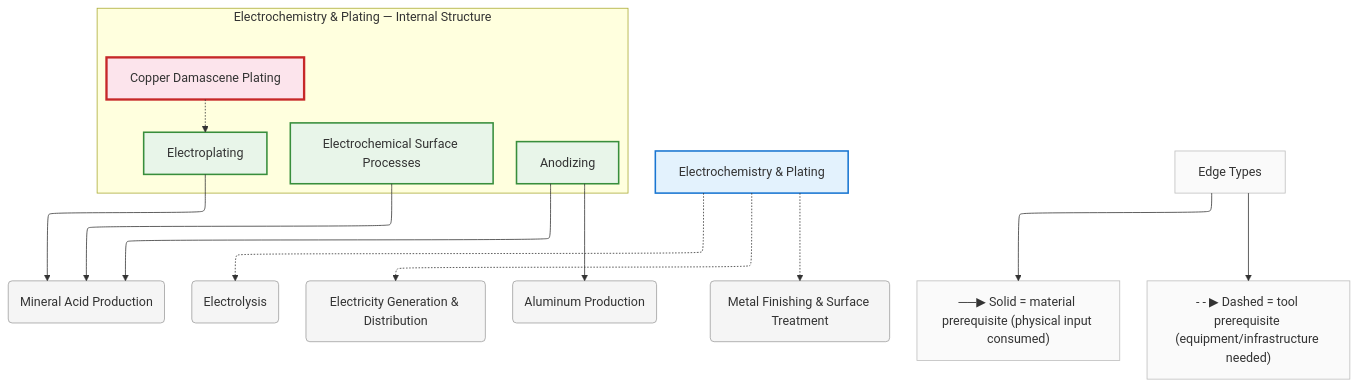
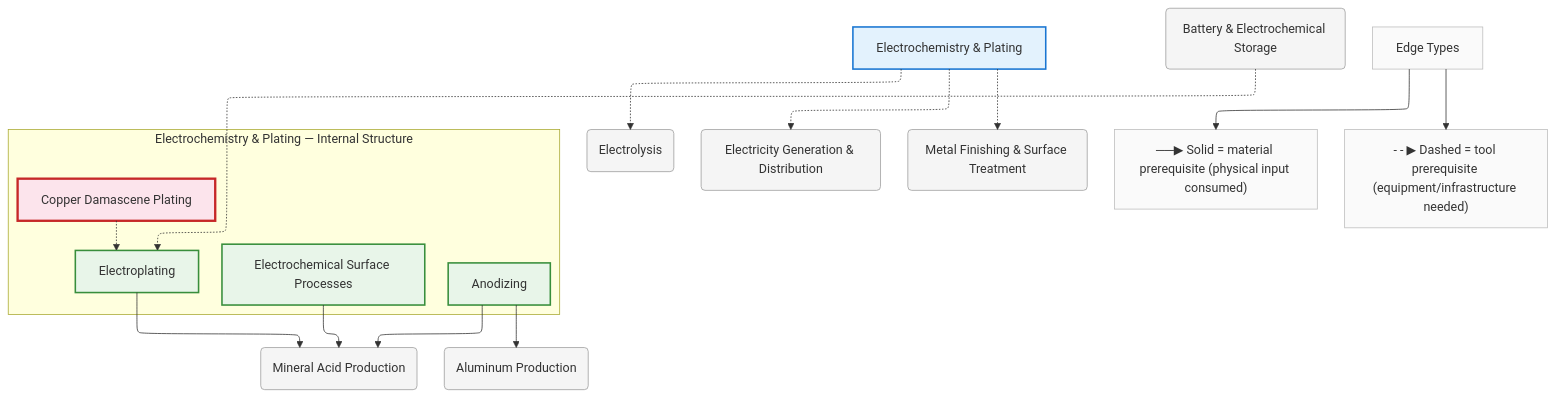
Before and after one commit to egofree/TechTree: the diagram in diagrams/mermaid/electrochemistry.mmd, drawn with Mermaid. The commit also changed 11 other files, not shown here.

First line of the commit message:
chore(diagrams): regenerate mermaid diagrams from updated entity data

```diff
--- a/diagrams/mermaid/electrochemistry.mmd
+++ b/diagrams/mermaid/electrochemistry.mmd
@@ -1,58 +1,61 @@
 %%{init: {"flowchart": {"defaultRenderer": "elk", "htmlLabels": true}}}%%
 graph TD
     %% Domain: Electrochemistry & Plating
 
     %% ==================== INTERNAL NODES ====================
     subgraph electrochemistry_internal ["Electrochemistry & Plating — Internal Structure"]
         direction TB
         electrochemistry_anodizing["Anodizing"]
         electrochemistry_electrochemical-processes["Electrochemical Surface Processes"]
         electrochemistry_electroplating_copper-damascene["Copper Damascene Plating"]
         electrochemistry_electroplating["Electroplating"]
     end
 
     %% ==================== DOMAIN NODE ====================
     electrochemistry["Electrochemistry & Plating"]
 
     %% ==================== EXTERNAL DEPENDENCIES ====================
     chemistry_acids("Mineral Acid Production")
     chemistry_electrolysis("Electrolysis")
+    energy_batteries("Battery & Electrochemical Storage")
     energy_electricity("Electricity Generation & Distribution")
     metals_aluminum("Aluminum Production")
     metals_finishing("Metal Finishing & Surface Treatment")
 
     %% ==================== EDGES ====================
     electrochemistry_electroplating_copper-damascene -.-> electrochemistry_electroplating
     electrochemistry_anodizing --> chemistry_acids
     electrochemistry_anodizing --> metals_aluminum
     electrochemistry_electrochemical-processes --> chemistry_acids
     electrochemistry_electroplating --> chemistry_acids
     electrochemistry -.-> chemistry_electrolysis
     electrochemistry -.-> energy_electricity
     electrochemistry -.-> metals_finishing
+    energy_batteries -.-> electrochemistry_electroplating
 
     %% ==================== EDGE TYPE LEGEND ====================
     EdgeLegend["Edge Types"]
     EdgeLegend --> MatNote["──▶ Solid = material prerequisite (physical input consumed)"]
     EdgeLegend --> ToolNote["- - ▶ Dashed = tool prerequisite (equipment/infrastructure needed)"]
 
     %% ==================== STYLING ====================
     classDef domain fill:#e3f2fd,stroke:#1976d2,stroke-width:2px
     classDef capability fill:#e8f5e9,stroke:#388e3c,stroke-width:2px
     classDef process fill:#fff3e0,stroke:#f57c00,stroke-width:2px
     classDef critical fill:#fff3e0,stroke:#f57c00,stroke-width:3px
     classDef earlyWin fill:#e8f5e9,stroke:#388e3c,stroke-width:3px
     classDef pinnacle fill:#fce4ec,stroke:#c62828,stroke-width:3px
     classDef external fill:#f5f5f5,stroke:#9e9e9e,stroke-width:1px
     classDef legend fill:#fafafa,stroke:#bdbdbd,stroke-width:1px
     class electrochemistry domain
     class electrochemistry_anodizing capability
     class electrochemistry_electrochemical-processes capability
     class electrochemistry_electroplating_copper-damascene pinnacle
     class electrochemistry_electroplating capability
     class chemistry_acids external
     class chemistry_electrolysis external
+    class energy_batteries external
     class energy_electricity external
     class metals_aluminum external
     class metals_finishing external
     class EdgeLegend,MatNote,ToolNote legend
```
